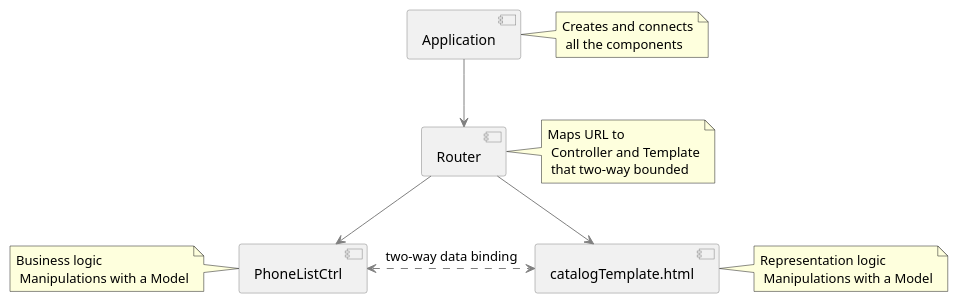
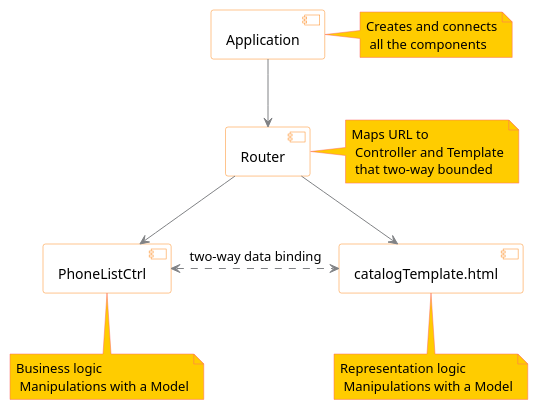
Before and after one commit to andre487/view-testing-examples: the diagram in angular/angular-architecture.puml, drawn with PlantUML. The commit also changed 5 other files, not shown here.

Commit message:
UML styling

```diff
--- a/angular/angular-architecture.puml
+++ b/angular/angular-architecture.puml
@@ -1,35 +1,36 @@
 @startuml
     top to bottom direction
 
     skinparam component {
-        ArrowColor gray
-        BorderColor gray
+        BackgroundColor White
+        BorderColor #fd891c
+        ArrowColor #808285
     }
-    skinparam usecase {
-        ArrowColor gray
-        BorderColor gray
+    skinparam note {
+        BackgroundColor #ffcc00
+        BorderColor #ff6665
     }
     skinparam shadowing false
 
     note "Creates and connects\n all the components" as AppNote
     note "Maps URL to\n Controller and Template\n that two-way bounded" as RouterNote
     note "Business logic\n Manipulations with a Model" as ControllerNote
     note "Representation logic\n Manipulations with a Model" as TemplateNote
 
     component Application
     component Router
     component PhoneListCtrl
     component catalogTemplate.html
 
     Application .right. AppNote
     Router .right. RouterNote
-    PhoneListCtrl .left. ControllerNote
-    catalogTemplate.html .right. TemplateNote
+    PhoneListCtrl .. ControllerNote
+    catalogTemplate.html .. TemplateNote
 
 
     Application --> Router
     Router --> PhoneListCtrl
     Router --> catalogTemplate.html
 
     PhoneListCtrl <..right..> catalogTemplate.html : two-way data binding
 @enduml
```
